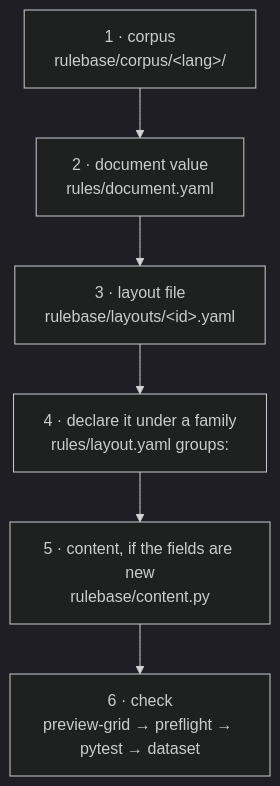
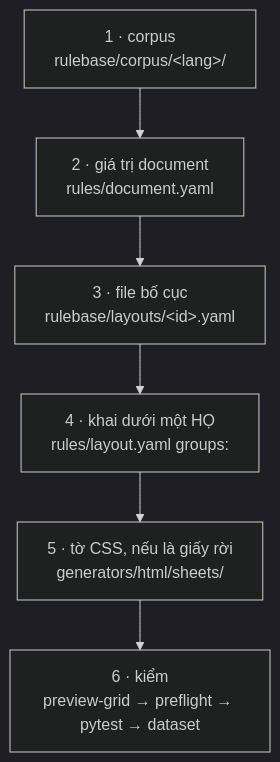
One commit to LinhPhuong14/vlm-ocr-synthetic changed the fifth of 5 diagrams in README.md. Above: the diagram before and after it, drawn with Mermaid (dark theme). The commit also changed other lines of this file and 1 other file, not shown here.

````diff
--- a/README.md
+++ b/README.md
@@ -254,8 +234,8 @@
 ```mermaid
 flowchart TD
-    A["1 · corpus<br/>rulebase/corpus/&lt;lang&gt;/"] --> B["2 · document value<br/>rules/document.yaml"]
-    B --> C["3 · layout file<br/>rulebase/layouts/&lt;id&gt;.yaml"]
-    C --> D["4 · declare it under a family<br/>rules/layout.yaml groups:"]
-    D --> E["5 · content, if the fields are new<br/>rulebase/content.py"]
-    E --> F["6 · check<br/>preview-grid → preflight → pytest → dataset"]
+    A["1 · corpus<br/>rulebase/corpus/&lt;lang&gt;/"] --> B["2 · giá trị document<br/>rules/document.yaml"]
+    B --> C["3 · file bố cục<br/>rulebase/layouts/&lt;id&gt;.yaml"]
+    C --> D["4 · khai dưới một HỌ<br/>rules/layout.yaml groups:"]
+    D --> E["5 · tờ CSS, nếu là giấy rời<br/>generators/html/sheets/"]
+    E --> F["6 · kiểm<br/>preview-grid → preflight → pytest → dataset"]
 ```
````
